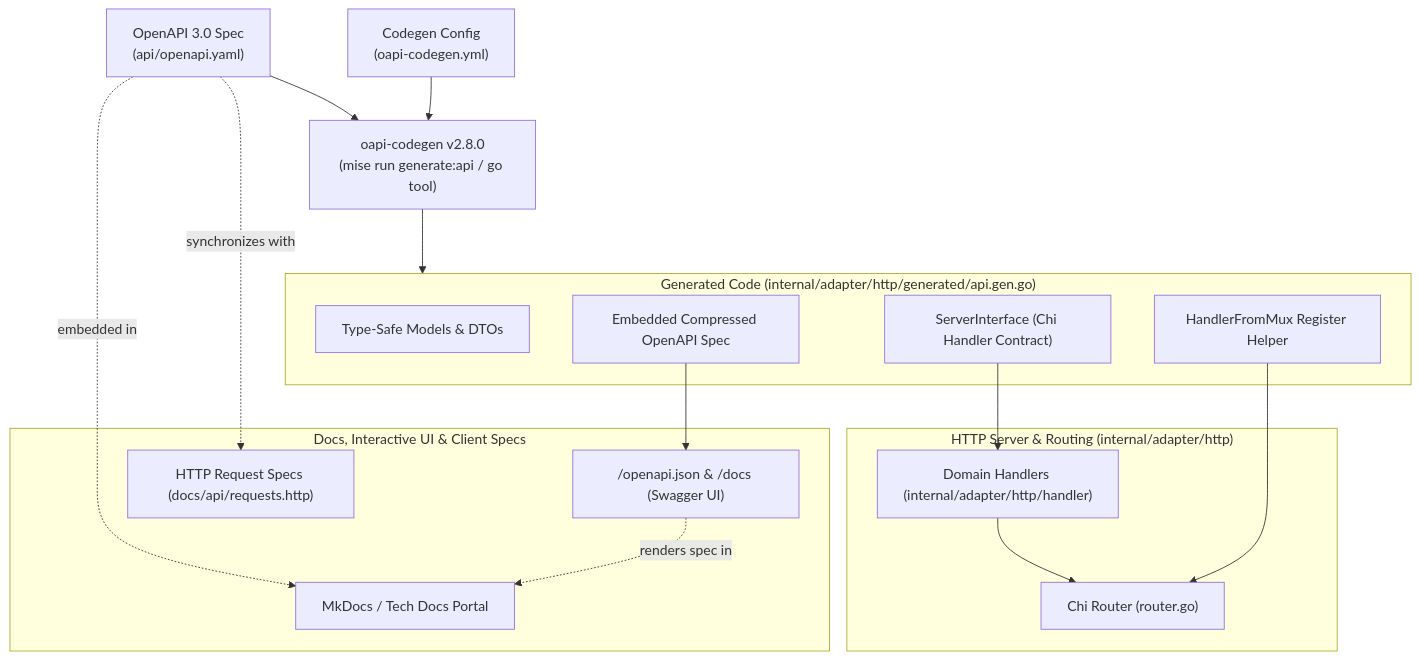
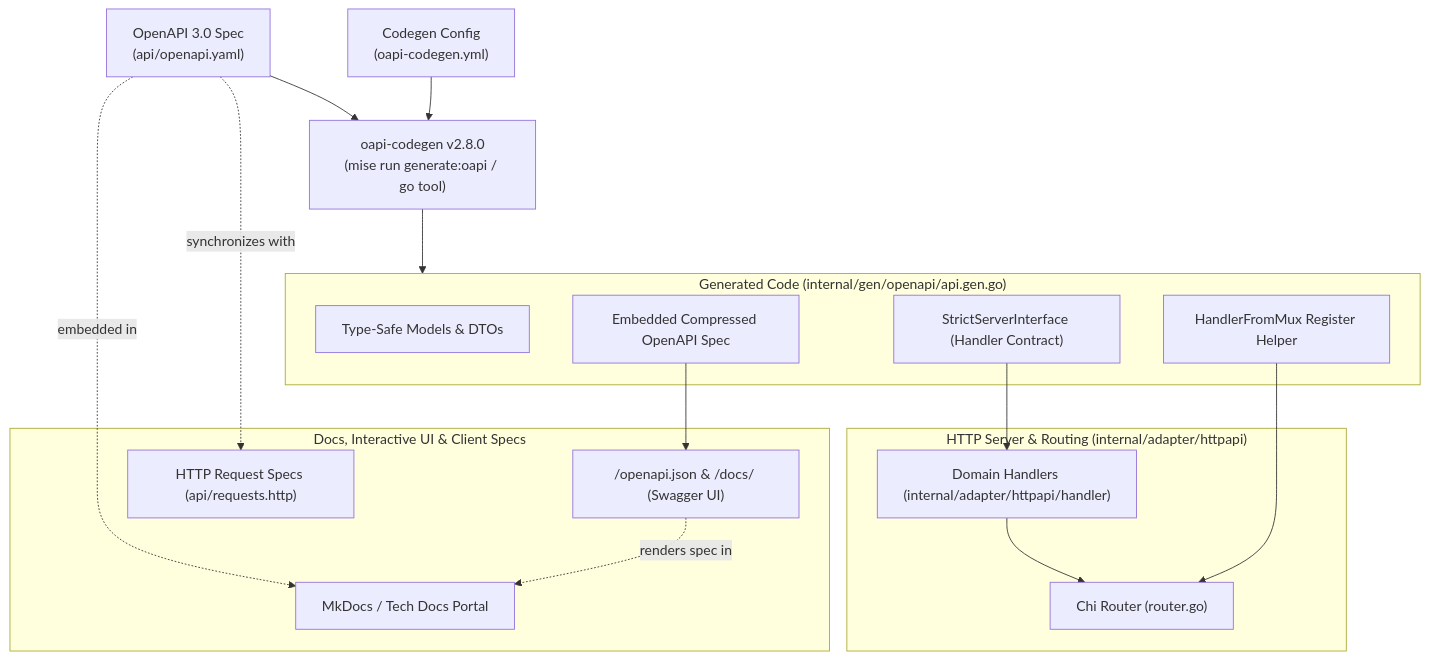
Before and after one commit to netologist/go-service-template: the diagram in docs/decisions/0002-openapi-spec-first-architecture.md, drawn with Mermaid. The commit also changed other lines of this file and 13 other files, not shown here.

````diff
--- a/docs/decisions/0002-openapi-spec-first-architecture.md
+++ b/docs/decisions/0002-openapi-spec-first-architecture.md
@@ -24,37 +24,37 @@
 ```mermaid
 graph TD
     Spec["OpenAPI 3.0 Spec<br/>(api/openapi.yaml)"]
     Config["Codegen Config<br/>(oapi-codegen.yml)"]
-    Oapi["oapi-codegen v2.8.0<br/>(mise run generate:api / go tool)"]
+    Oapi["oapi-codegen v2.8.0<br/>(mise run generate:oapi / go tool)"]
 
-    subgraph Generated ["Generated Code (internal/adapter/http/generated/api.gen.go)"]
+    subgraph Generated ["Generated Code (internal/gen/openapi/api.gen.go)"]
         Models["Type-Safe Models & DTOs"]
-        ServerInterface["ServerInterface (Chi Handler Contract)"]
+        ServerInterface["StrictServerInterface (Handler Contract)"]
         HandlerMux["HandlerFromMux Register Helper"]
         EmbeddedSpec["Embedded Compressed OpenAPI Spec"]
     end
 
-    subgraph Server ["HTTP Server & Routing (internal/adapter/http)"]
+    subgraph Server ["HTTP Server & Routing (internal/adapter/httpapi)"]
         Router["Chi Router (router.go)"]
-        Handlers["Domain Handlers (internal/adapter/http/handler)"]
+        Handlers["Domain Handlers (internal/adapter/httpapi/handler)"]
     end
 
     subgraph DocsAndClients ["Docs, Interactive UI & Client Specs"]
-        SwaggerEndpoint["/openapi.json & /docs (Swagger UI)"]
-        HttpRequests["HTTP Request Specs (docs/api/requests.http)"]
+        SwaggerEndpoint["/openapi.json & /docs/ (Swagger UI)"]
+        HttpRequests["HTTP Request Specs (api/requests.http)"]
         MkDocs["MkDocs / Tech Docs Portal"]
     end
 
     Spec --> Oapi
     Config --> Oapi
     Oapi --> Generated
 
     ServerInterface --> Handlers
     Handlers --> Router
     HandlerMux --> Router
     EmbeddedSpec --> SwaggerEndpoint
 
     Spec -.->|"synchronizes with"| HttpRequests
     Spec -.->|"embedded in"| MkDocs
     SwaggerEndpoint -.->|"renders spec in"| MkDocs
 ```
````
